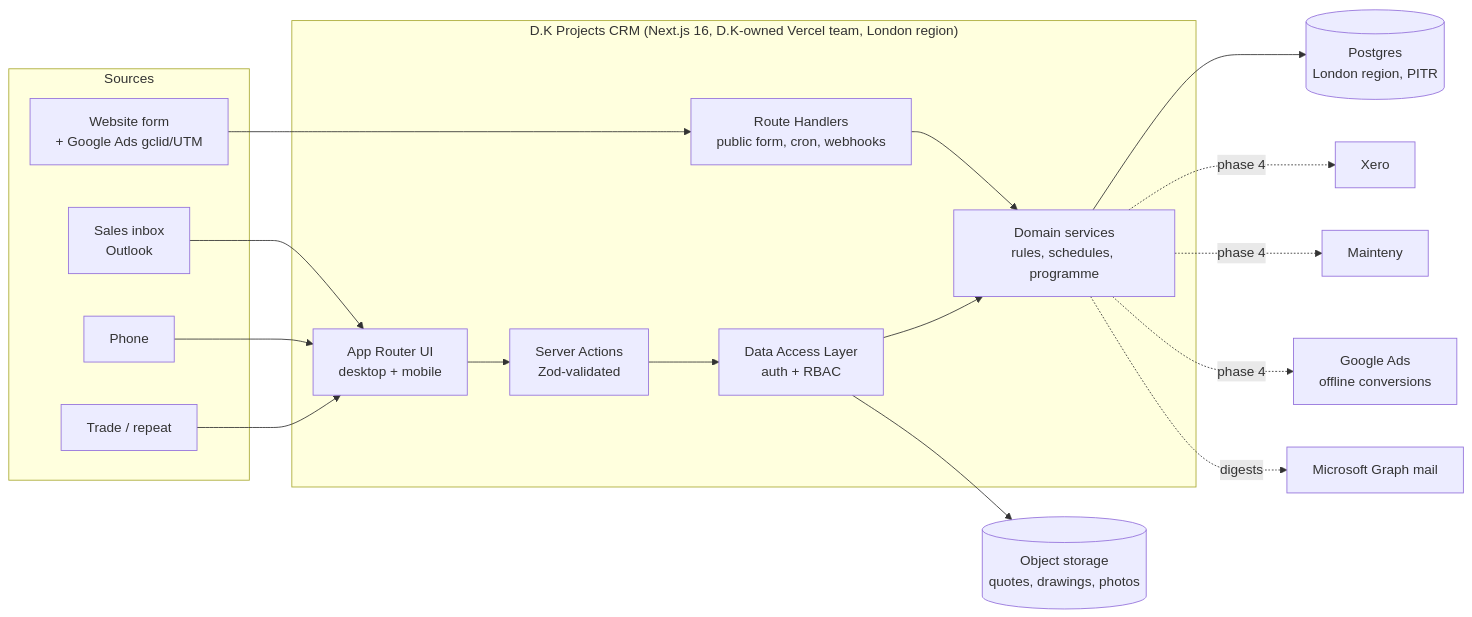
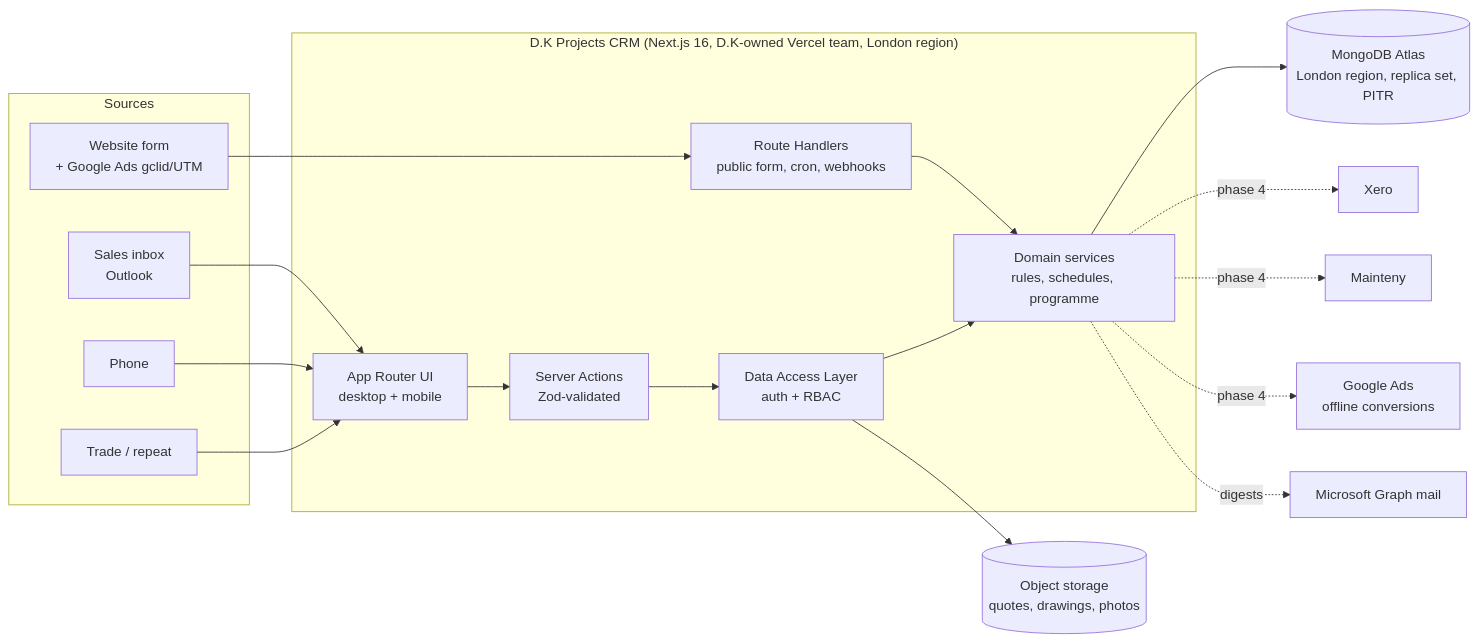
The diagram in docs/PLAN.md (shahtirthhh/crm), drawn with Mermaid before and after one commit. The commit also changed other lines of this file and 145 other files, not shown here.

````diff
--- a/docs/PLAN.md
+++ b/docs/PLAN.md
@@ -39,27 +41,27 @@
 ```mermaid
 flowchart LR
   subgraph Sources
     W[Website form<br/>+ Google Ads gclid/UTM]
     E[Sales inbox<br/>Outlook]
     P[Phone]
     T[Trade / repeat]
   end
   subgraph CRM["D.K Projects CRM (Next.js 16, D.K-owned Vercel team, London region)"]
     UI[App Router UI<br/>desktop + mobile]
     SA[Server Actions<br/>Zod-validated]
     DAL[Data Access Layer<br/>auth + RBAC]
     DOM[Domain services<br/>rules, schedules, programme]
     RH[Route Handlers<br/>public form, cron, webhooks]
   end
-  DB[(Postgres<br/>London region, PITR)]
+  DB[(MongoDB Atlas<br/>London region, replica set, PITR)]
   BL[(Object storage<br/>quotes, drawings, photos)]
   W --> RH
   E & P & T --> UI
   UI --> SA --> DAL --> DOM --> DB
   DAL --> BL
   RH --> DOM
   DOM -. phase 4 .-> X[Xero]
   DOM -. phase 4 .-> M[Mainteny]
   DOM -. phase 4 .-> GA[Google Ads<br/>offline conversions]
   DOM -. digests .-> O[Microsoft Graph mail]
 ```
````
